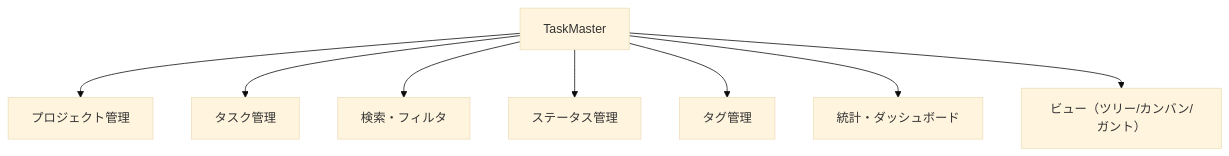
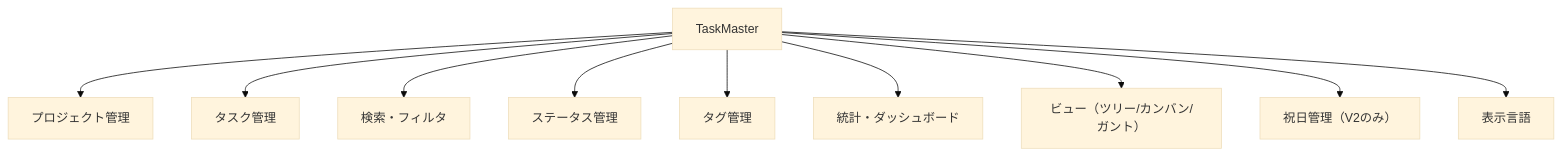
The second of 4 diagrams in docs/BASIC_DESIGN.md (ai-natsu/task-master), drawn with Mermaid (base theme) before and after one commit. The commit also changed other lines of this file, not shown here.

````diff
--- a/docs/BASIC_DESIGN.md
+++ b/docs/BASIC_DESIGN.md
@@ -91,10 +91,12 @@
 ```mermaid
 flowchart TD
   ROOT[TaskMaster] --> F1[プロジェクト管理]
   ROOT --> F2[タスク管理]
   ROOT --> F3[検索・フィルタ]
   ROOT --> F4[ステータス管理]
   ROOT --> F5[タグ管理]
   ROOT --> F6[統計・ダッシュボード]
   ROOT --> F7[ビュー（ツリー/カンバン/ガント）]
+  ROOT --> F8[祝日管理（V2のみ）]
+  ROOT --> F9[表示言語]
 ```
````
